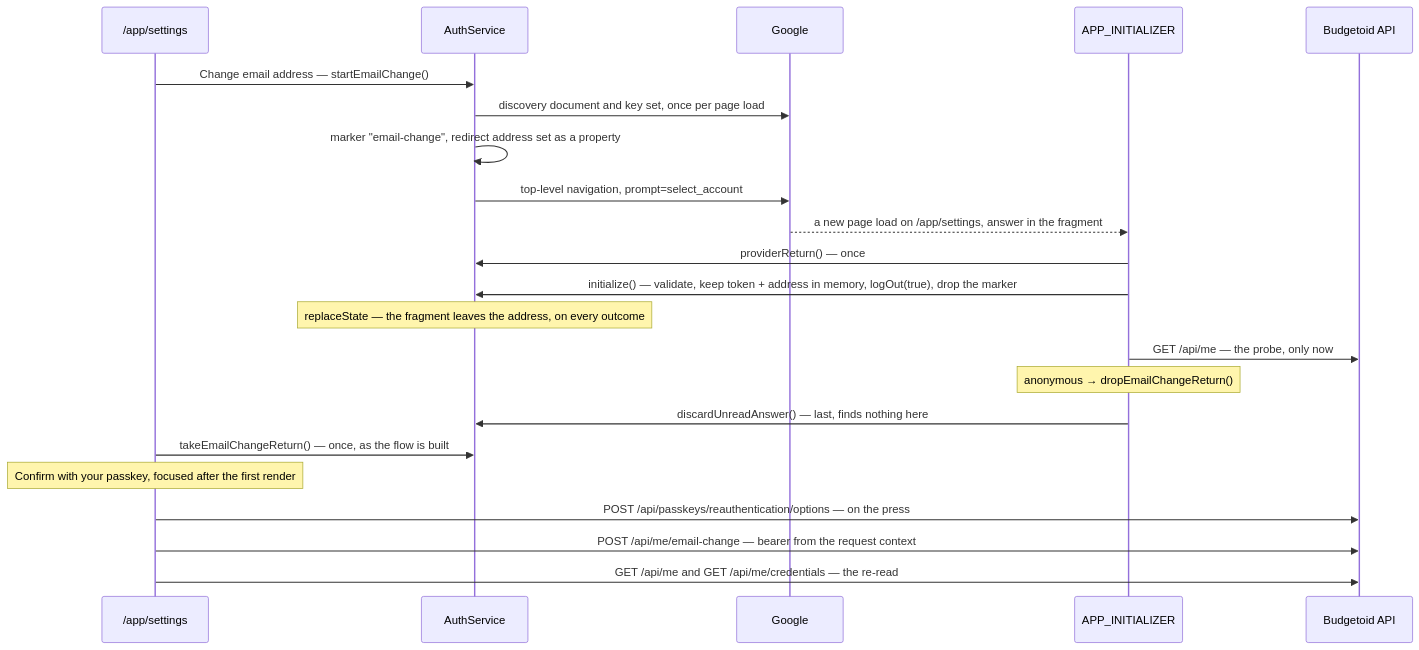
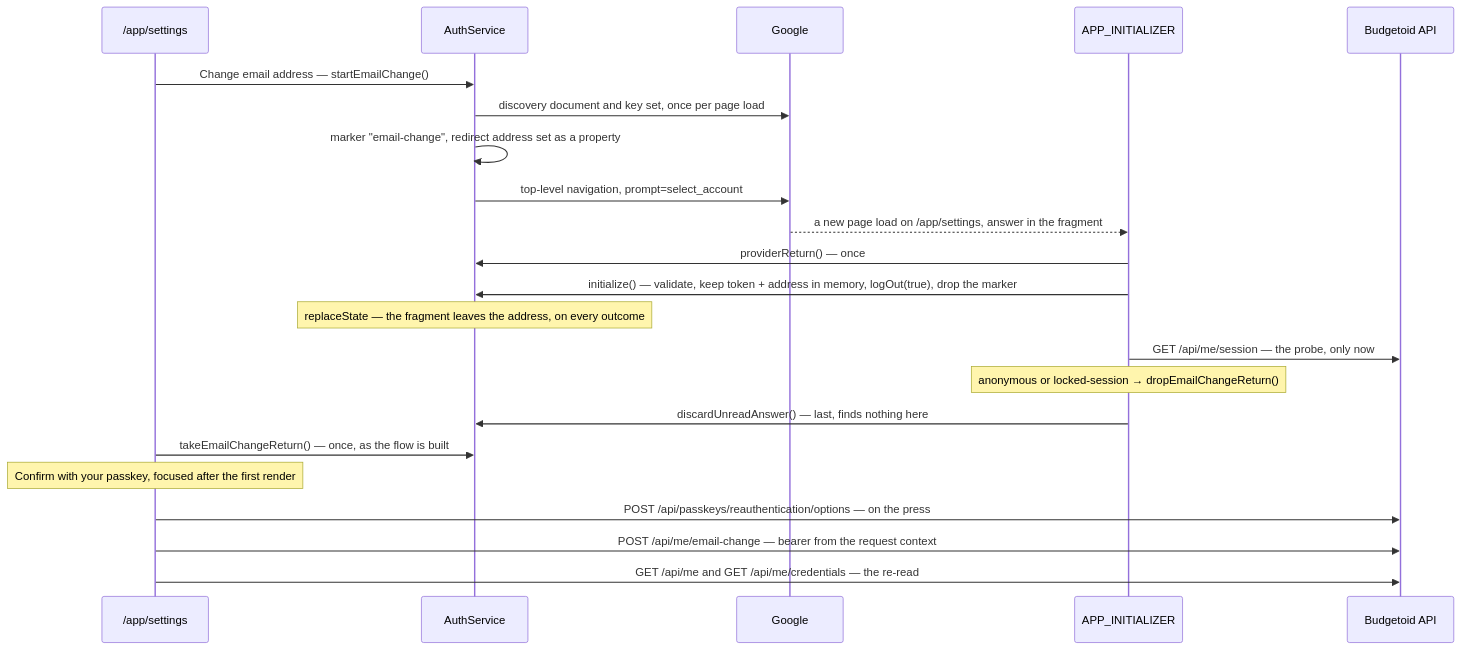
Before and after one commit to anton-kochev/budgetoid: the third of 3 diagrams in docs/business-logic/email-change.md, drawn with Mermaid. The commit also changed other lines of this file and 25 other files, not shown here.

````diff
--- a/docs/business-logic/email-change.md
+++ b/docs/business-logic/email-change.md
@@ -874,25 +886,25 @@
 ```mermaid
 sequenceDiagram
     participant S as /app/settings
     participant A as AuthService
     participant G as Google
     participant B as APP_INITIALIZER
     participant API as Budgetoid API
 
     S->>A: Change email address — startEmailChange()
     A->>G: discovery document and key set, once per page load
     A->>A: marker "email-change", redirect address set as a property
     A->>G: top-level navigation, prompt=select_account
     G-->>B: a new page load on /app/settings, answer in the fragment
     B->>A: providerReturn() — once
     B->>A: initialize() — validate, keep token + address in memory, logOut(true), drop the marker
     Note over A: replaceState — the fragment leaves the address, on every outcome
-    B->>API: GET /api/me — the probe, only now
-    Note over B: anonymous → dropEmailChangeReturn()
+    B->>API: GET /api/me/session — the probe, only now
+    Note over B: anonymous or locked-session → dropEmailChangeReturn()
     B->>A: discardUnreadAnswer() — last, finds nothing here
     S->>A: takeEmailChangeReturn() — once, as the flow is built
     Note over S: Confirm with your passkey, focused after the first render
     S->>API: POST /api/passkeys/reauthentication/options — on the press
     S->>API: POST /api/me/email-change — bearer from the request context
     S->>API: GET /api/me and GET /api/me/credentials — the re-read
 ```
````
